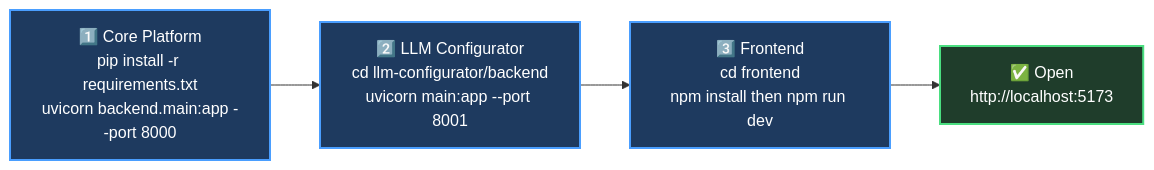
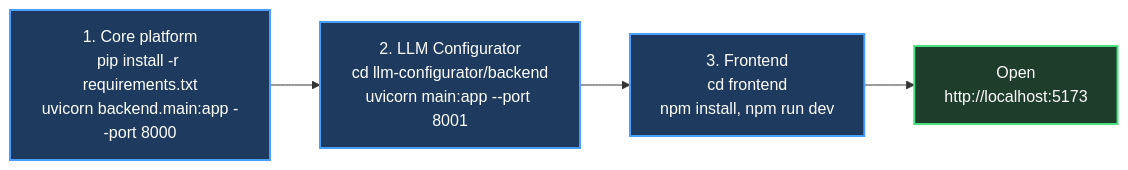
One commit to sushant-mishra-dtu/coworkAI changed the fourth of 4 diagrams in README.md. Above: the diagram before and after it, drawn with Mermaid. The commit also changed other lines of this file and 2 other files, not shown here.

````diff
--- a/README.md
+++ b/README.md
@@ -191,14 +189,14 @@
 ```mermaid
 flowchart LR
-    S1["1️⃣ Core Platform<br/>pip install -r requirements.txt<br/>uvicorn backend.main:app --port 8000"]
-    S2["2️⃣ LLM Configurator<br/>cd llm-configurator/backend<br/>uvicorn main:app --port 8001"]
-    S3["3️⃣ Frontend<br/>cd frontend<br/>npm install then npm run dev"]
-    S4["✅ Open<br/>http://localhost:5173"]
+    S1["1. Core platform<br/>pip install -r requirements.txt<br/>uvicorn backend.main:app --port 8000"]
+    S2["2. LLM Configurator<br/>cd llm-configurator/backend<br/>uvicorn main:app --port 8001"]
+    S3["3. Frontend<br/>cd frontend<br/>npm install, npm run dev"]
+    S4["Open<br/>http://localhost:5173"]
 
     S1 --> S2 --> S3 --> S4
 
     classDef step fill:#1e3a5f,stroke:#4a9eff,stroke-width:2px,color:#fff
     classDef done fill:#1f3d2b,stroke:#4ade80,stroke-width:2px,color:#fff
     class S1,S2,S3 step
     class S4 done
 ```
````
